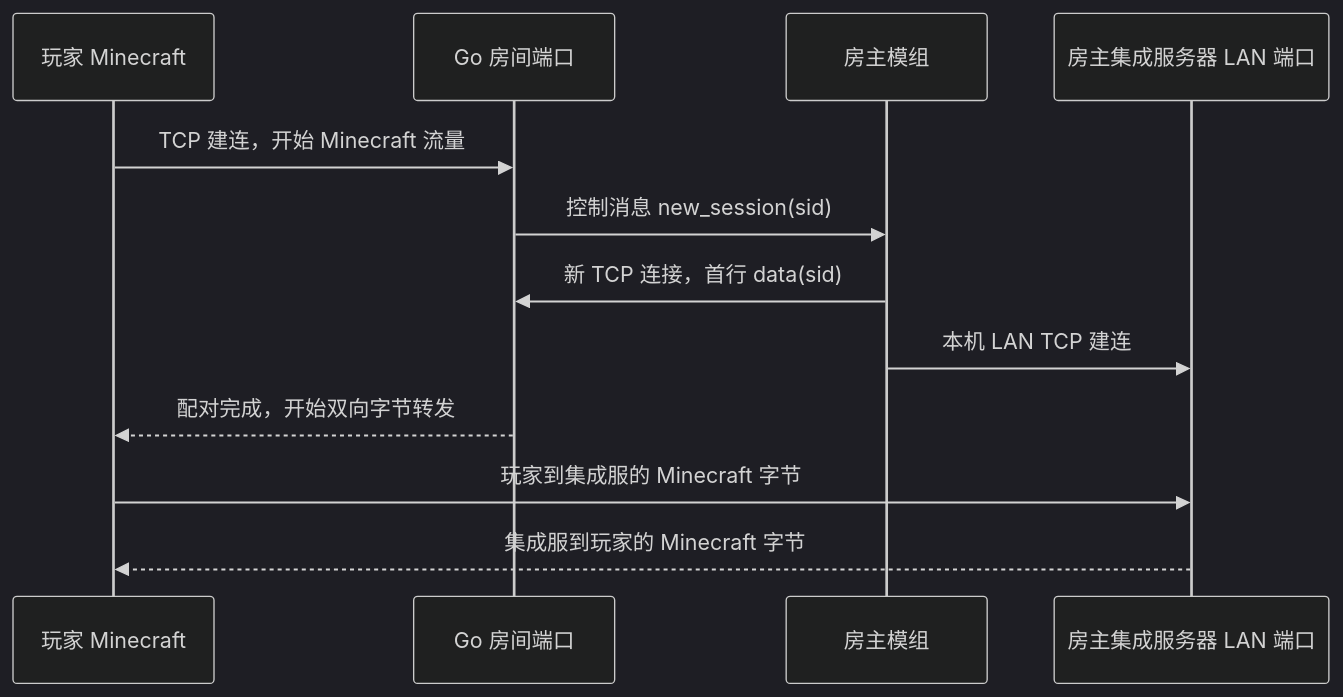
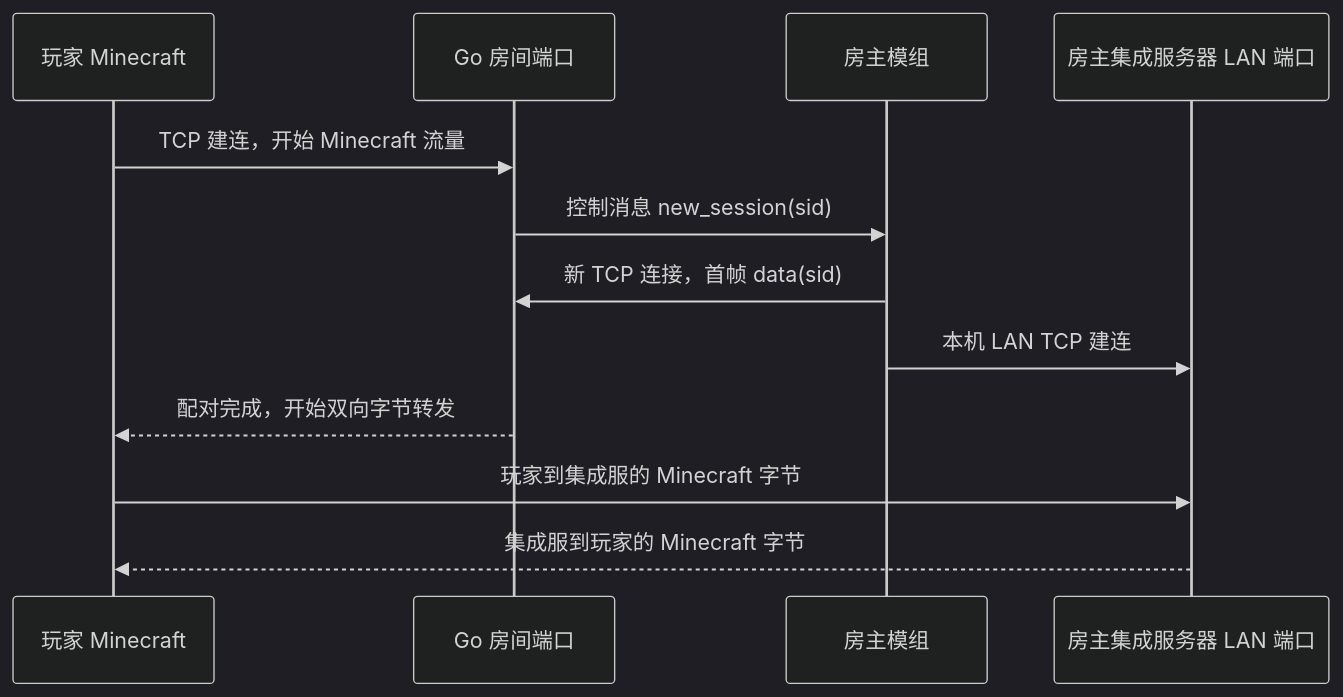
One commit to Yiuk-max/Yiuk_Switchboard changed the second of 2 diagrams in docs/项目技术文档.md. Above: the diagram before and after it, drawn with Mermaid (dark theme). The commit also changed other lines of this file and 15 other files, not shown here.

````diff
--- a/docs/项目技术文档.md
+++ b/docs/项目技术文档.md
@@ -104,14 +105,14 @@
 ```mermaid
 sequenceDiagram
   participant P as 玩家 Minecraft
   participant G as Go 房间端口
   participant C as 房主模组
   participant M as 房主集成服务器 LAN 端口
   P->>G: TCP 建连，开始 Minecraft 流量
   G->>C: 控制消息 new_session(sid)
-  C->>G: 新 TCP 连接，首行 data(sid)
+  C->>G: 新 TCP 连接，首帧 data(sid)
   C->>M: 本机 LAN TCP 建连
   G-->>P: 配对完成，开始双向字节转发
   P->>M: 玩家到集成服的 Minecraft 字节
   M-->>P: 集成服到玩家的 Minecraft 字节
 ```
````
